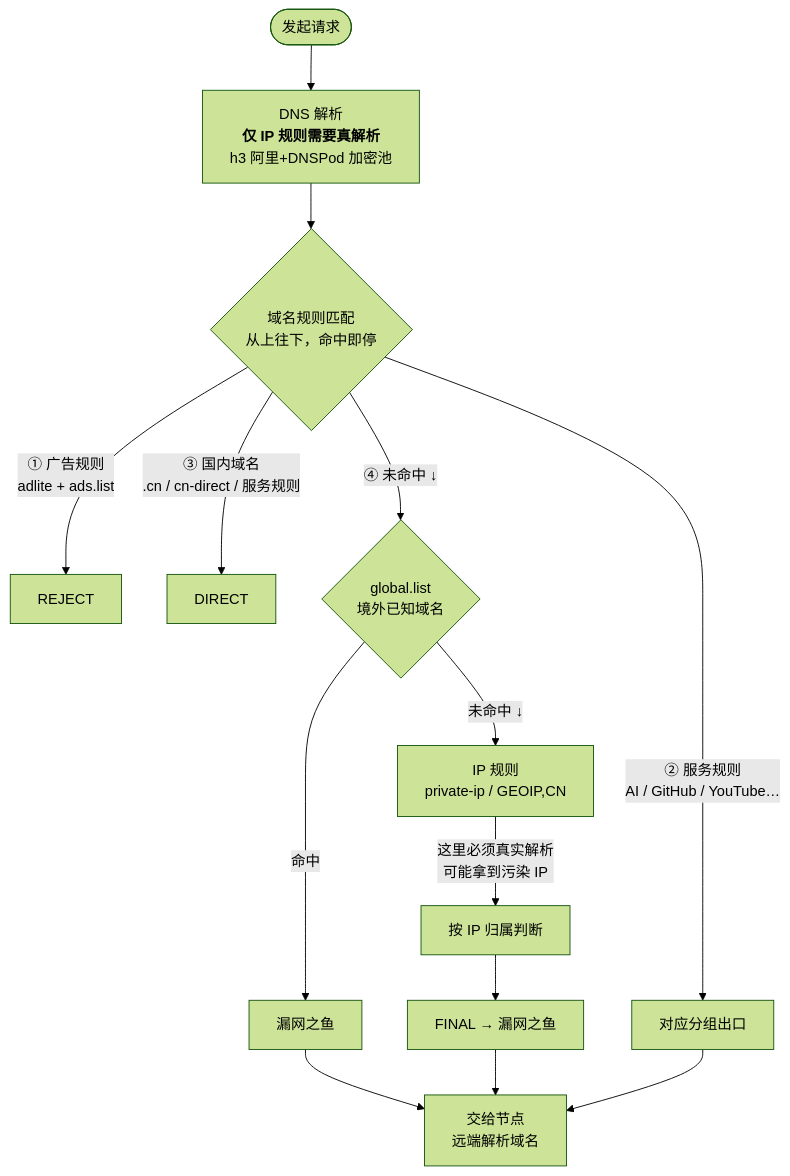
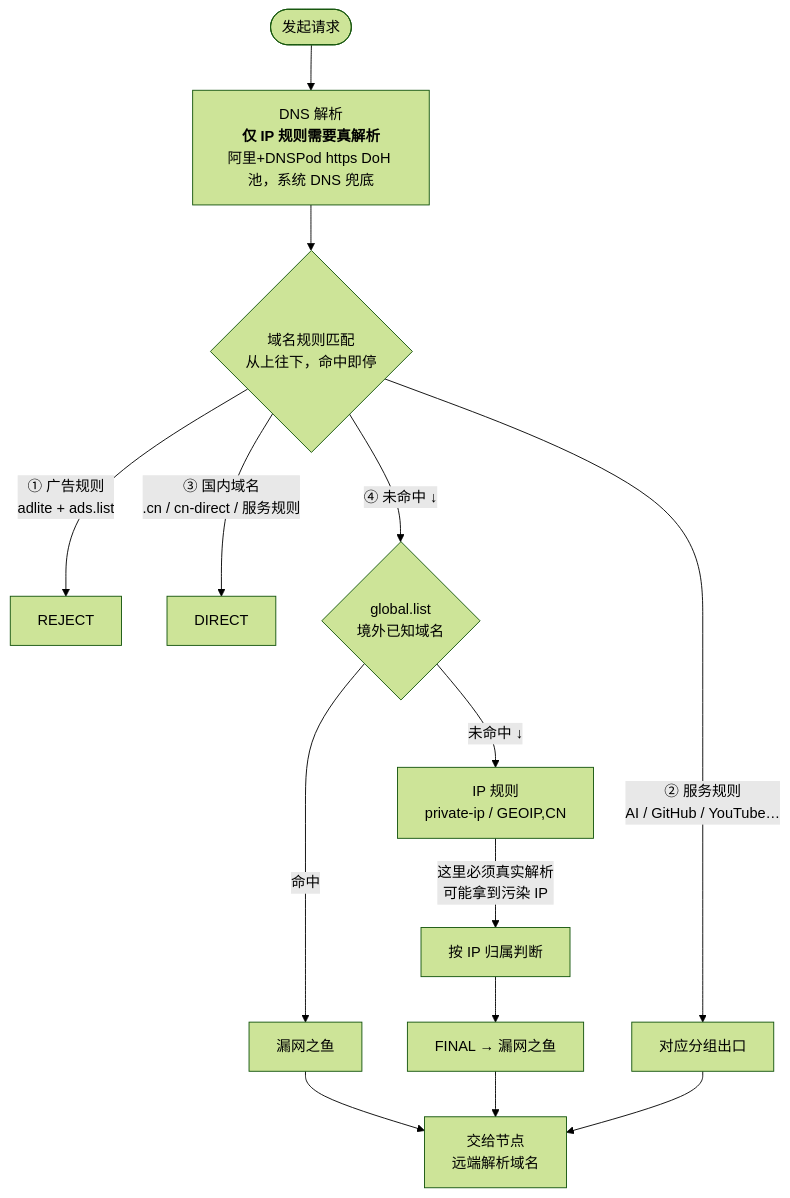
The first of 3 diagrams in README.md (chaojiman/sr-rules), drawn with Mermaid (forest theme) before and after one commit. The commit also changed other lines of this file and 1 other file, not shown here.

Commit message:
fix(sr): DNS 改回 https DoH 池并加 system fallback，去掉 h3/quic

````diff
--- a/README.md
+++ b/README.md
@@ -76,19 +76,19 @@
 ```mermaid
 flowchart TD
-    A([发起请求]) --> B["DNS 解析<br/><b>仅 IP 规则需要真解析</b><br/>h3 阿里+DNSPod 加密池"]
+    A([发起请求]) --> B["DNS 解析<br/><b>仅 IP 规则需要真解析</b><br/>阿里+DNSPod https DoH 池，系统 DNS 兜底"]
     B --> C{"域名规则匹配<br/>从上往下，命中即停"}
 
     C -->|"① 广告规则<br/>adlite + ads.list"| R1[REJECT]
     C -->|"② 服务规则<br/>AI / GitHub / YouTube…"| R2[对应分组出口]
     C -->|"③ 国内域名<br/>.cn / cn-direct / 服务规则"| R3[DIRECT]
     C -->|"④ 未命中 ↓"| D{"global.list<br/>境外已知域名"}
 
     D -->|命中| P1[漏网之鱼]
     D -->|"未命中 ↓"| E["IP 规则<br/>private-ip / GEOIP,CN"]
     E -->|"这里必须真实解析<br/>可能拿到污染 IP"| F[按 IP 归属判断]
     F --> G[FINAL → 漏网之鱼]
 
     P1 --> H["交给节点<br/>远端解析域名"]
     G --> H
     R2 --> H
 ```
````
